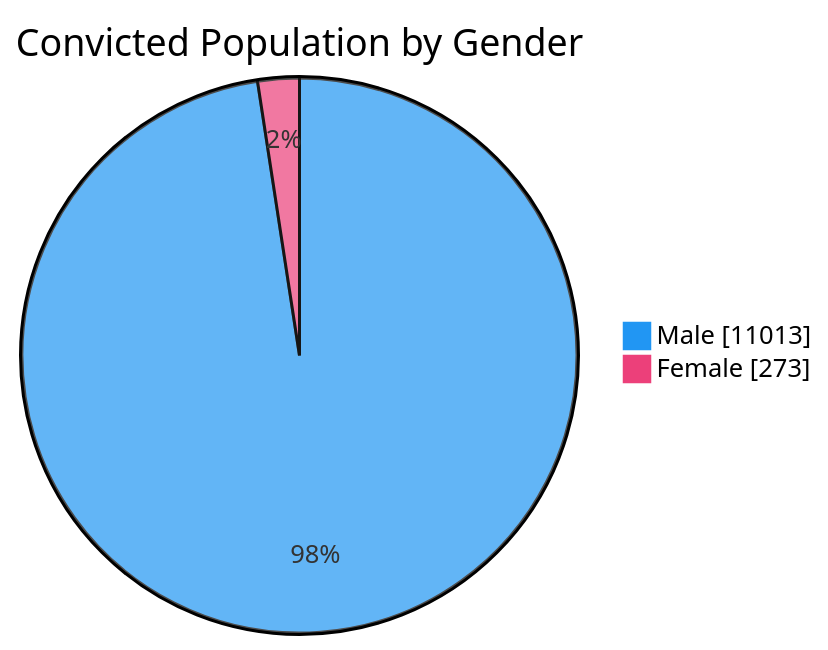
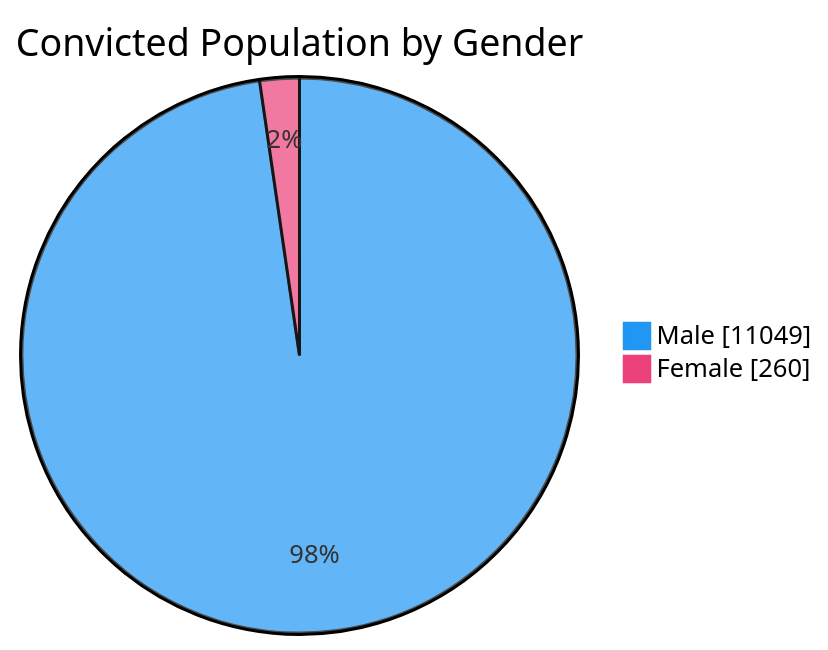
Before and after one commit to nuuuwan/lk_prisons: the third of 7 diagrams in README.md, drawn with Mermaid. The commit also changed other lines of this file and 1 other file, not shown here.

````diff
--- a/README.md
+++ b/README.md
@@ -65,6 +65,6 @@
 ```mermaid
 %%{init: {'themeVariables': {'pie1': '#2196F3', 'pie2': '#EC407A'}}}%%
 pie showData title Convicted Population by Gender
-    "Male" : 11013
-    "Female" : 273
+    "Male" : 11049
+    "Female" : 260
 ```
````
